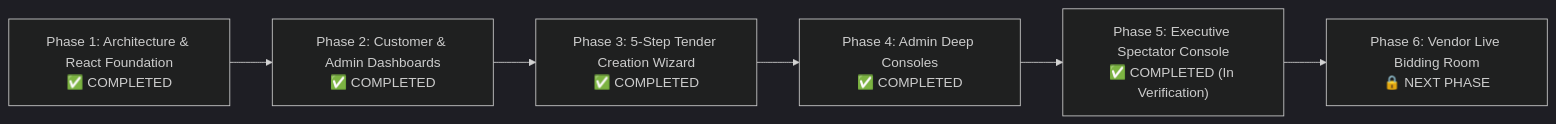
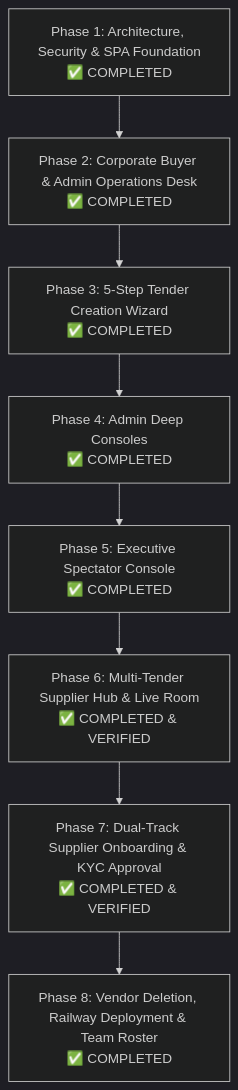
The diagram in PROJECT_PLAN.md (Someshwar-Sahu/BiddingSite), drawn with Mermaid (dark theme) before and after one commit. The commit also changed other lines of this file and 37 other files, not shown here.

Commit message:
feat: align customer vendor intake, dual-track KYC onboarding, and email engine

````diff
--- a/PROJECT_PLAN.md
+++ b/PROJECT_PLAN.md
@@ -56,8 +38,19 @@
 ```mermaid
-flowchart LR
-    P1["Phase 1: Architecture & React Foundation<br/>✅ COMPLETED"] --> P2["Phase 2: Customer & Admin Dashboards<br/>✅ COMPLETED"]
-    P2 --> P3["Phase 3: 5-Step Tender Creation Wizard<br/>✅ COMPLETED"]
-    P3 --> P4["Phase 4: Admin Deep Consoles<br/>✅ COMPLETED"]
-    P4 --> P5["Phase 5: Executive Spectator Console<br/>✅ COMPLETED (In Verification)"]
-    P5 --> P6["Phase 6: Vendor Live Bidding Room<br/>🔒 NEXT PHASE"]
+graph TD
+    P1["Phase 1: Architecture, Security & SPA Foundation<br/>✅ COMPLETED"]
+    P2["Phase 2: Corporate Buyer & Admin Operations Desk<br/>✅ COMPLETED"]
+    P3["Phase 3: 5-Step Tender Creation Wizard<br/>✅ COMPLETED"]
+    P4["Phase 4: Admin Deep Consoles<br/>✅ COMPLETED"]
+    P5["Phase 5: Executive Spectator Console<br/>✅ COMPLETED"]
+    P6["Phase 6: Multi-Tender Supplier Hub & Live Room<br/>✅ COMPLETED & VERIFIED"]
+    P7["Phase 7: Dual-Track Supplier Onboarding & KYC Approval<br/>✅ COMPLETED & VERIFIED"]
+    P8["Phase 8: Vendor Deletion, Railway Deployment & Team Roster<br/>✅ COMPLETED"]
+
+    P1 --> P2
+    P2 --> P3
+    P3 --> P4
+    P4 --> P5
+    P5 --> P6
+    P6 --> P7
+    P7 --> P8
 ```
````
